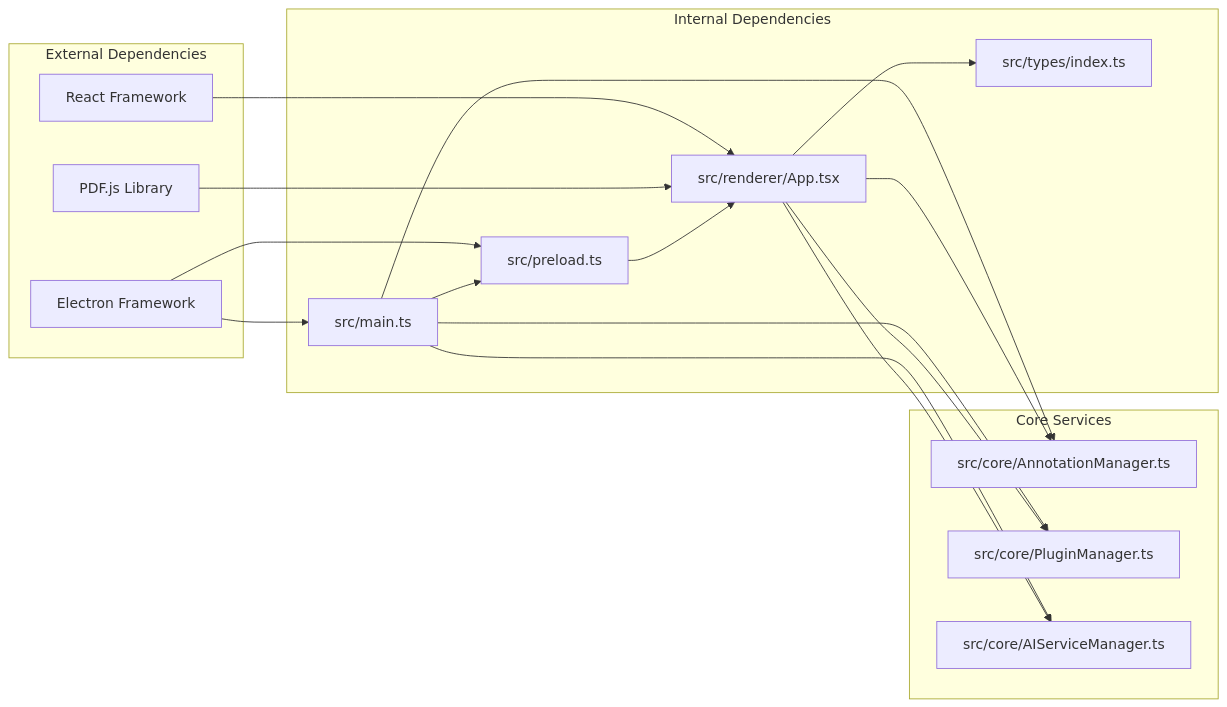
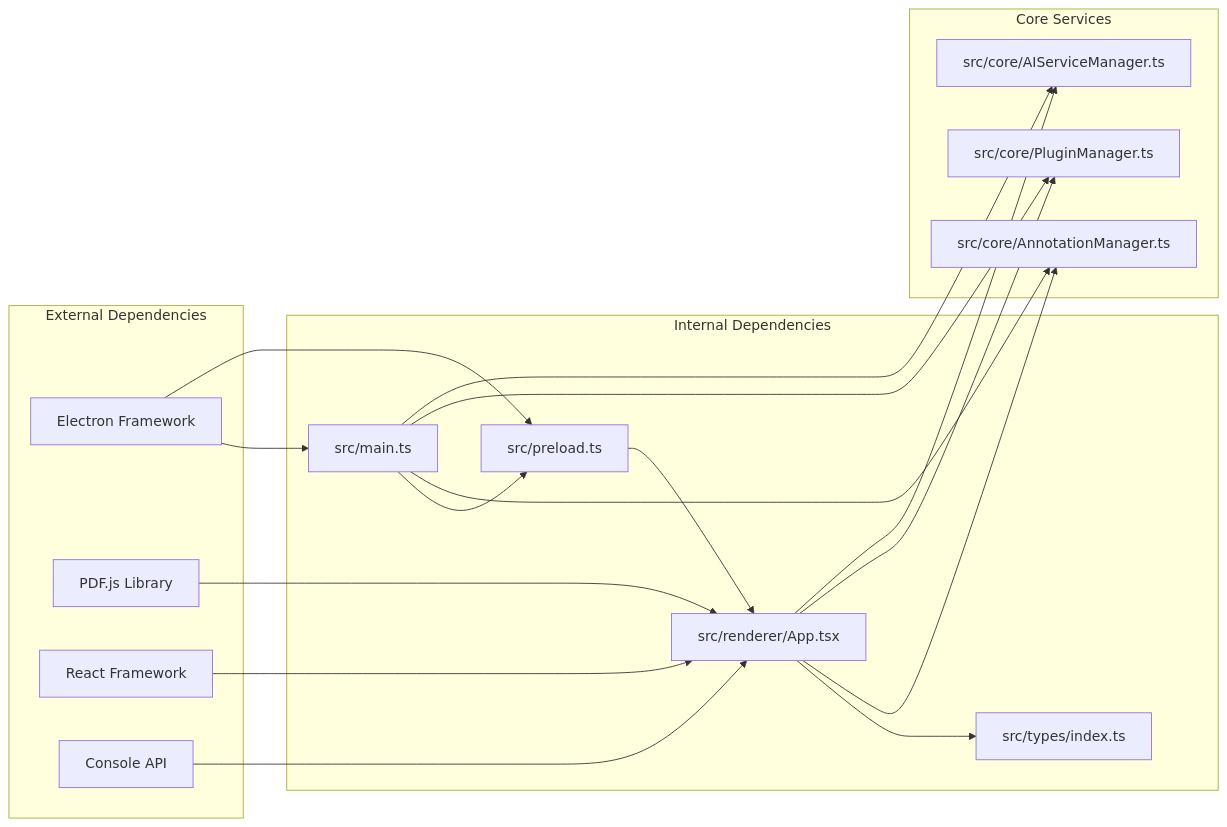
Before and after one commit to Chunde/SciPDFReader: the sixth of 6 diagrams in .qoder/repowiki/en/content/Core Components/File Menu System.md, drawn with Mermaid. The commit also changed other lines of this file and 9 other files, not shown here.

````diff
--- a/.qoder/repowiki/en/content/Core Components/File Menu System.md
+++ b/.qoder/repowiki/en/content/Core Components/File Menu System.md
@@ -260,32 +356,34 @@
 ```mermaid
 graph LR
 subgraph "External Dependencies"
 Electron[Electron Framework]
 PDFJS[PDF.js Library]
 React[React Framework]
+Console[Console API]
 end
 subgraph "Internal Dependencies"
 MainTS[src/main.ts]
 PreloadTS[src/preload.ts]
 AppTSX[src/renderer/App.tsx]
 TypesTS[src/types/index.ts]
 end
 subgraph "Core Services"
 AnnotationManager[src/core/AnnotationManager.ts]
 PluginManager[src/core/PluginManager.ts]
 AIServiceManager[src/core/AIServiceManager.ts]
 end
 Electron --> MainTS
 Electron --> PreloadTS
 React --> AppTSX
 PDFJS --> AppTSX
 MainTS --> PreloadTS
 PreloadTS --> AppTSX
 AppTSX --> TypesTS
 MainTS --> AnnotationManager
 MainTS --> PluginManager
 MainTS --> AIServiceManager
 AppTSX --> AnnotationManager
 AppTSX --> PluginManager
 AppTSX --> AIServiceManager
+Console --> AppTSX
 ```
````
